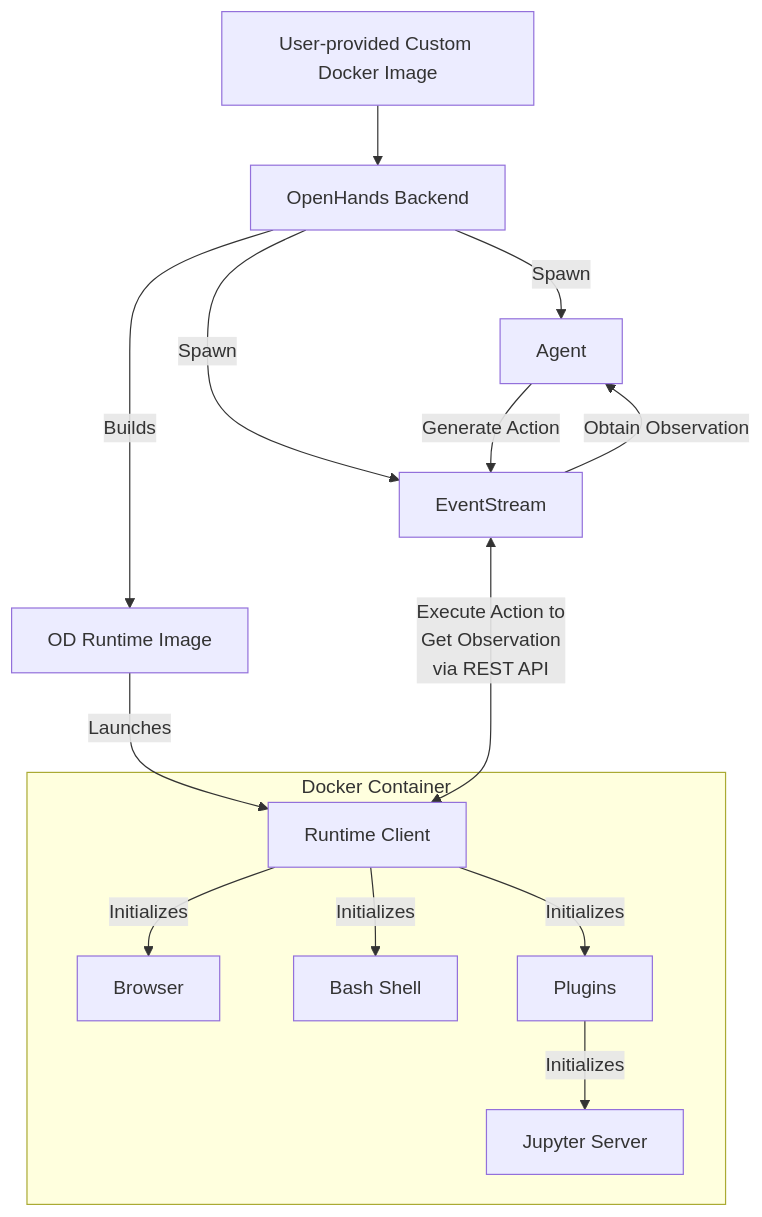
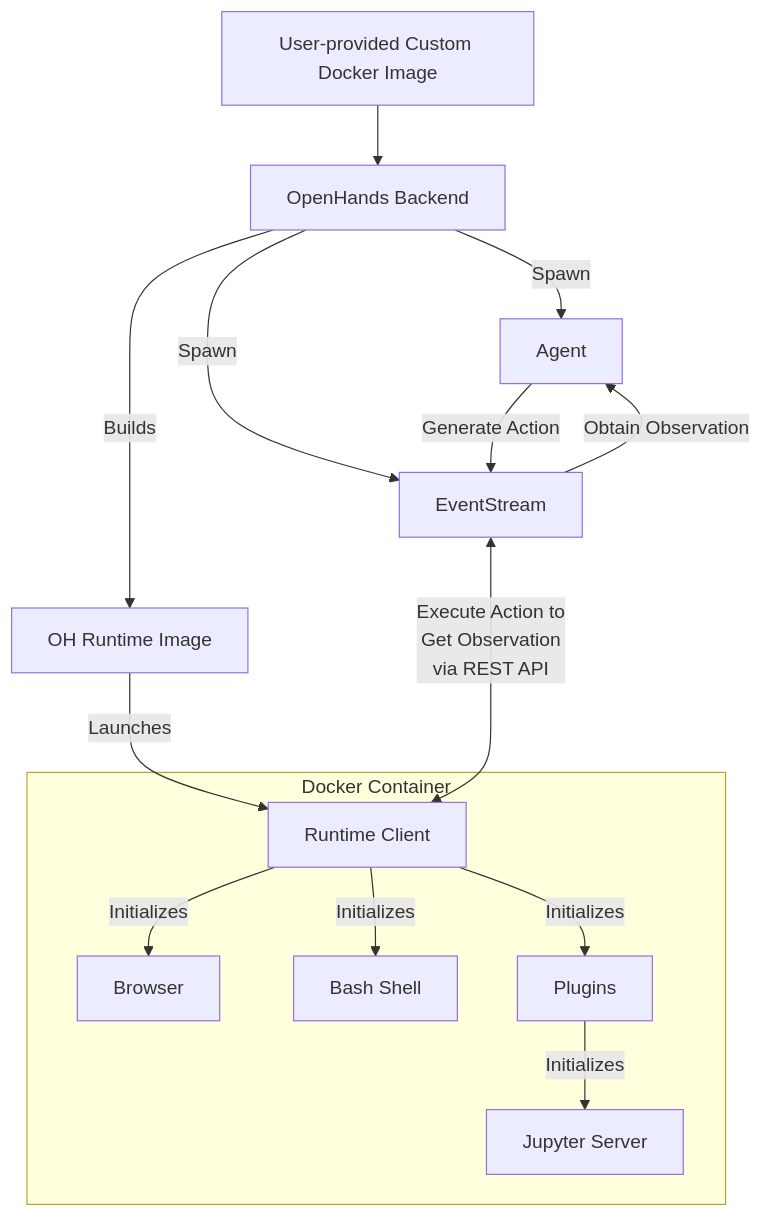
One commit to techyst-net/handyst changed the first of 2 diagrams in docs/modules/usage/architecture/runtime.md. Above: the diagram before and after it, drawn with Mermaid. The commit also changed other lines of this file and 2 other files, not shown here.

Commit message:
New README for OpenHands/openhands/runtime folder (#3576)
* new OpenHands/openhands/runtime/README.md - made by OpenHands

* move parts to server readme; fix OD runtime in docs

````diff
--- a/docs/modules/usage/architecture/runtime.md
+++ b/docs/modules/usage/architecture/runtime.md
@@ -21,28 +20,28 @@
 ```mermaid
 graph TD
     A[User-provided Custom Docker Image] --> B[OpenHands Backend]
-    B -->|Builds| C[OD Runtime Image]
+    B -->|Builds| C[OH Runtime Image]
     C -->|Launches| D[Runtime Client]
     D -->|Initializes| E[Browser]
     D -->|Initializes| F[Bash Shell]
     D -->|Initializes| G[Plugins]
     G -->|Initializes| L[Jupyter Server]
 
     B -->|Spawn| H[Agent]
     B -->|Spawn| I[EventStream]
     I <--->|Execute Action to
     Get Observation
     via REST API
     | D
 
     H -->|Generate Action| I
     I -->|Obtain Observation| H
 
     subgraph "Docker Container"
     D
     E
     F
     G
     L
     end
 ```
````
